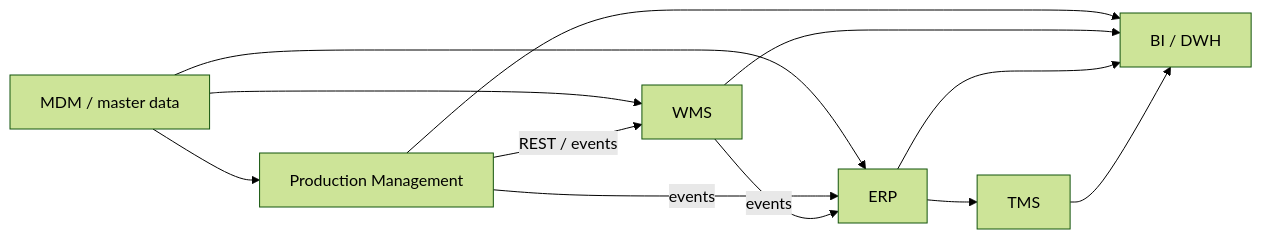
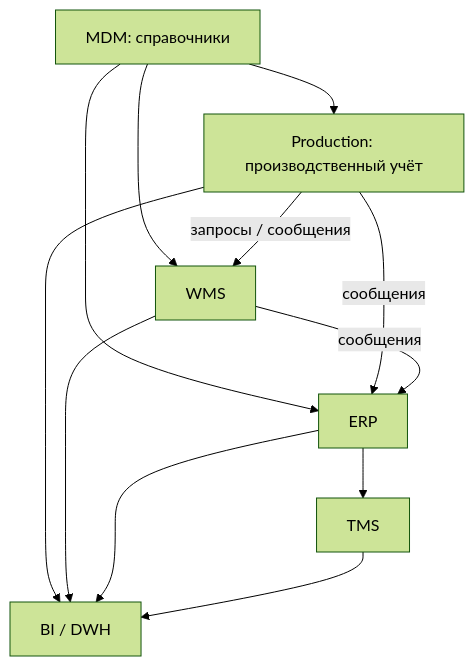
Before and after one commit to spicerrr/sa-portfolio: the diagram in README.md, drawn with Mermaid (forest theme). The commit also changed other lines of this file and 29 other files, not shown here.

````diff
--- a/README.md
+++ b/README.md
@@ -46,16 +46,16 @@
 ```mermaid
-flowchart LR
-    MDM[MDM / master data] --> PM[Production Management]
+flowchart TD
+    MDM[MDM: справочники] --> PM[Production: производственный учёт]
     MDM --> WMS[WMS]
     MDM --> ERP[ERP]
 
-    PM -->|REST / events| WMS
-    PM -->|events| ERP
-    WMS -->|events| ERP
+    PM -->|запросы / сообщения| WMS
+    PM -->|сообщения| ERP
+    WMS -->|сообщения| ERP
     ERP --> TMS[TMS]
 
     PM --> BI[BI / DWH]
     WMS --> BI
     ERP --> BI
     TMS --> BI
 ```
````
